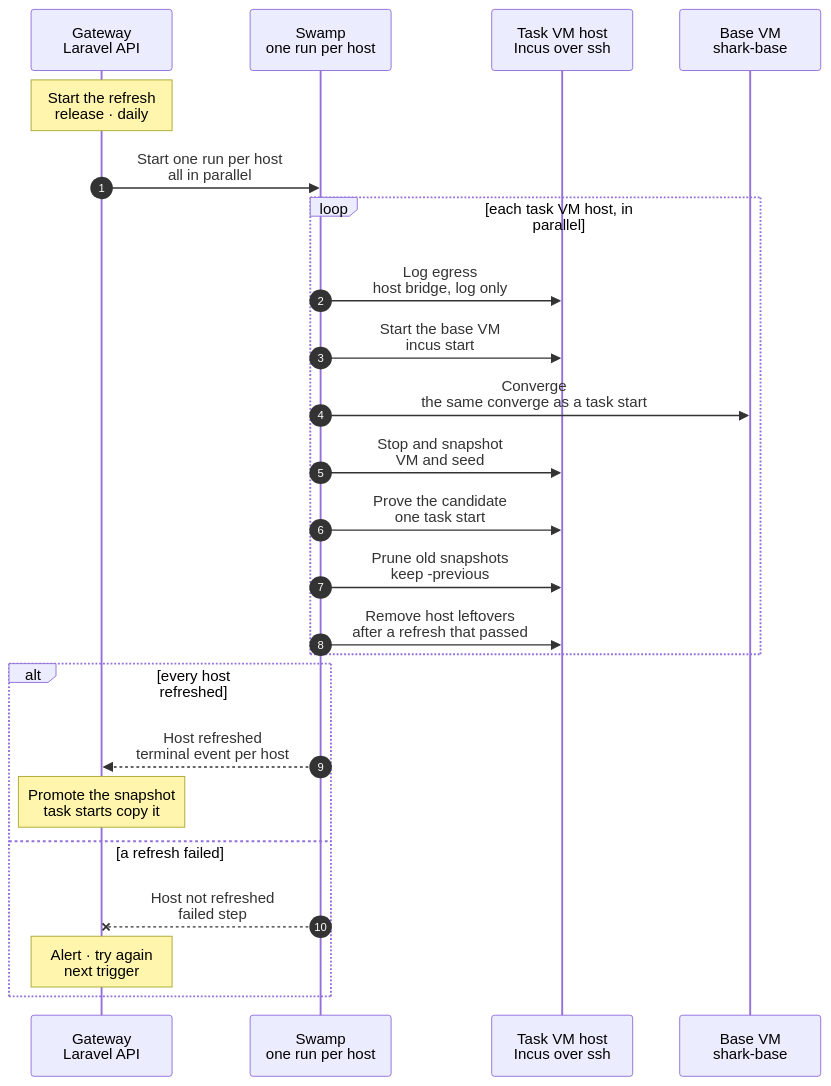
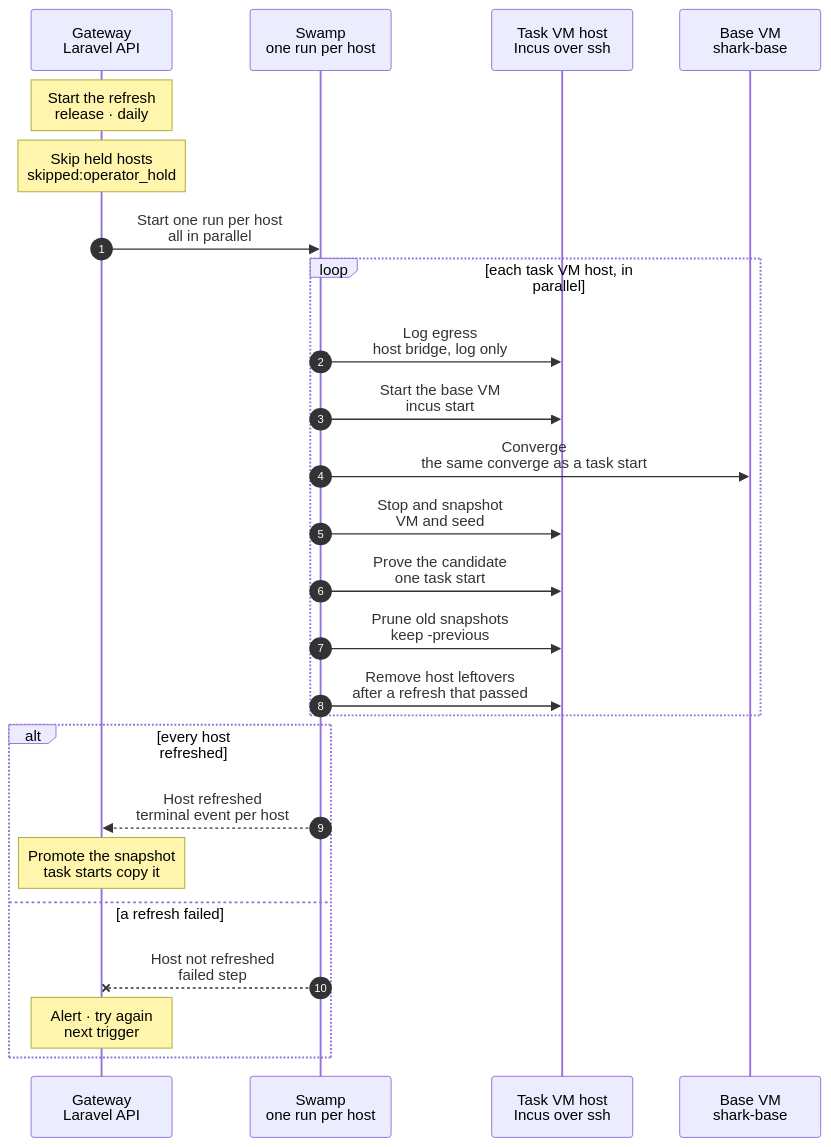
Before and after one commit to hardimpactdev/orbit: the diagram in docs/reference/pipeline/6-task-image-seed-refresh.mmd, drawn with Mermaid. The commit also changed 11 other files, not shown here.

Commit message:
docs: specify per-host task VM image refresh holds

```diff
--- a/docs/reference/pipeline/6-task-image-seed-refresh.mmd
+++ b/docs/reference/pipeline/6-task-image-seed-refresh.mmd
@@ -1,63 +1,66 @@
 sequenceDiagram
-  %% Target design (agreed with Nick, 2026-11-07): stage 6 of the command development pipeline. Each task VM host keeps one stopped base VM that never gets an identity; its ZFS snapshot is the base a task start copies. After a release, and once a day, every host starts its base VM, converges it as a task start would, stops it and snapshots it; the snapshot is proven with one task start and the Gateway promotes it. There is no Incus image and no publish. Nothing is copied between hosts. The per-host run: docs/cli/task/vm-image-refresh.mmd.
-  %% Historical measurement, 2026-11-06: 4 of 33 refresh runs succeeded. This does not describe the current rollout.
+  %% Target design: stage 6 of the command development pipeline. Each task VM host keeps one stopped base VM that never gets an identity; its ZFS snapshot is the base a task start copies. After a release, and once a day, every host starts its base VM, converges it as a task start would, stops it and snapshots it; the snapshot is proven with one task start and the Gateway promotes it. There is no Incus image and no publish. Nothing is copied between hosts. The per-host run: docs/cli/task/vm-image-refresh.mmd.
   %% status: draft
   %% command: development pipeline stage 6 · per-host task image and seed refresh
   %% kind: pipeline.6-task-image-seed-refresh
   autonumber
   %% lane GW icon=gateway pill=intent tone=blue
   %% lane SW icon=workflow pill=executes tone=green
   %% lane H icon=server pill=each host tone=amber
   %% lane VM icon=server pill=base VM tone=gray
   participant GW as Gateway<br/>Laravel API
   participant SW as Swamp<br/>one run per host
   participant H as Task VM host<br/>Incus over ssh
   participant VM as Base VM<br/>shark-base
   Note over GW: Start the refresh<br/>release · daily
   %%> Triggers:
   %%> - every verified Gateway release, after successful verification and successful or skipped Horizon start (the release's step "Admit VM refreshes"); admission uses the verified release's artisan, is best effort and does not wait for refresh completion; a code-only release refreshes too
   %%> - a daily Schedule; it only dispatches the admission
   %%> - a host with a refresh open keeps it, and the newest commit waits behind it; the run that ends admits that commit
+  Note over GW: Skip held hosts<br/>skipped:operator_hold
+  %%> Result:
+  %%> - each held host is named in the release admission output or daily admission log; no Operation starts or queues
+  %%> - the host keeps its last promoted snapshot and keeps taking task VMs
   GW->>SW: Start one run per host<br/>all in parallel
   %%> Why:
   %%> - each host bakes its own image and seed; copying them between hosts is not a supported flow
   loop each task VM host, in parallel
     SW->>H: Log egress<br/>host bridge, log only
     %%> What it does:
     %%> - sets up the egress log of the host bridge: an nftables rule, an rsyslog file and the DNS log of the bridge's dnsmasq; nothing is blocked
     %%> - the first run sets `raw.dnsmasq`, which runs the setup of the bridge again and restarts its dnsmasq: running VMs lose DNS for about a second, and Incus runs that dnsmasq without its AppArmor profile
     SW->>H: Start the base VM<br/>incus start
     %%> What it does:
     %%> - a host without a promoted base gets one here, from the stock Ubuntu VM image and an empty seed volume: a new host, or one whose earlier base never passed its first boot; the converge that follows builds everything else
     SW->>VM: Converge<br/>the same converge as a task start
     %%> What it does:
     %%> - outer VM: packages, tools, Swamp, orbit-agent, the Pi server, sshd and UFW at the release's pins; each part runs only when its digest changed
     %%> - the warm checkout: main at the release commit, installs only where a lock file changed
     %%> - each container: migrations and restarts only when the code changed; no wait for nested services and no identity wipe
     %%> - a base VM without a nested fleet builds it once, in the same converge: the containers from stock Ubuntu, the nested Gateway from one local `gateway-bootstrap` run, app-dev and app-prod through its own Orbit, and a Doctor wait; a base VM with its fleet skips the build
     SW->>H: Stop and snapshot<br/>VM and seed
     %%> What it does:
     %%> - stops the base VM and snapshots it and its seed volume; ZFS snapshots, about 1 s
     SW->>H: Prove the candidate<br/>one task start
     %%> What it does:
     %%> - steps 2 to 4 of a task start from the new snapshot in a free place, then its release
     SW->>H: Prune old snapshots<br/>keep -previous
     %%> What it does:
     %%> - keeps the new snapshot and the one before it; removes older ones
     SW->>H: Remove host leftovers<br/>after a refresh that passed
     %%> What it does:
     %%> - removes images, seed volumes and projects no current path makes
     %%> - a failure fails no refresh; the result says `host_clean: succeeded`, `failed` or `skipped` (the refresh failed first)
   end
   alt every host refreshed
     SW-->>GW: Host refreshed<br/>terminal event per host
     Note over GW: Promote the snapshot<br/>task starts copy it
     %%> Result:
     %%> - target about 25 s per host for a no-op refresh before the proof; one slow host does not hold the others
     %%> - the first refresh of a new host builds the whole base, its nested fleet included (about 30 min of it)
   else a refresh failed
     SW--xGW: Host not refreshed<br/>failed step
     Note over GW: Alert · try again<br/>next trigger
     %%> Result:
     %%> - the base VM is rolled back to the recorded snapshot and the run's snapshot removed; the identity that proved it is released
   end
```
